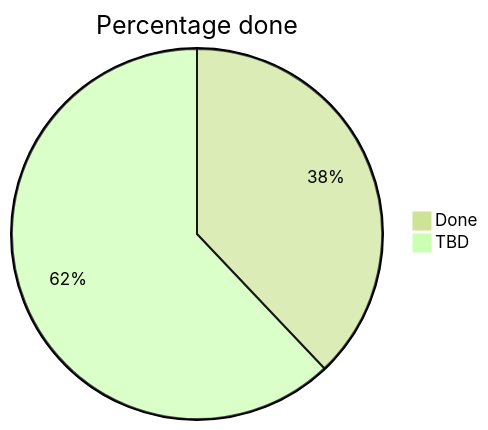
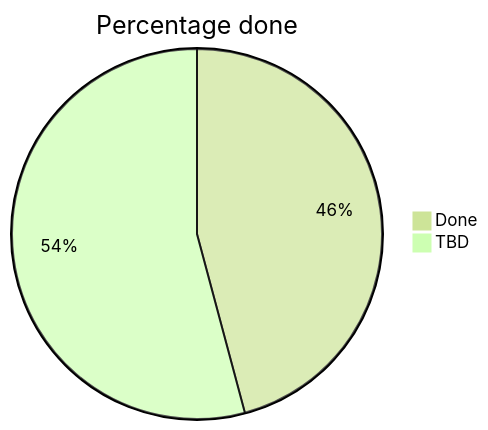
Before and after one commit to LiamMorar/Y12-Software-Engineering-Major-Proj: the diagram in README.md, drawn with Mermaid (forest theme). The commit also changed other lines of this file and 10 other files, not shown here.

````diff
--- a/README.md
+++ b/README.md
@@ -88,5 +90,5 @@
 ```mermaid
 pie title Percentage done
 "Done" : 11
-"TBD" : 18
+"TBD" : 13
 ```
````
